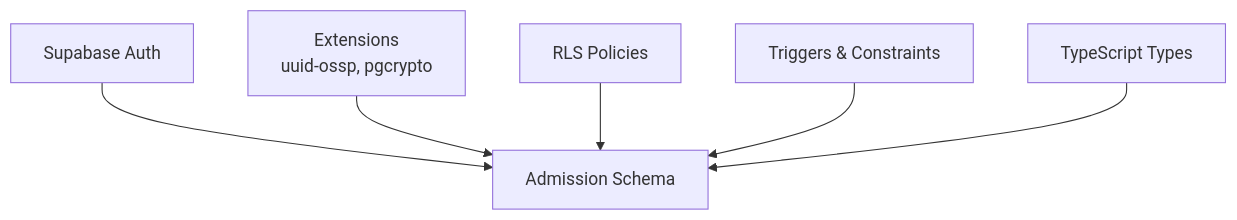
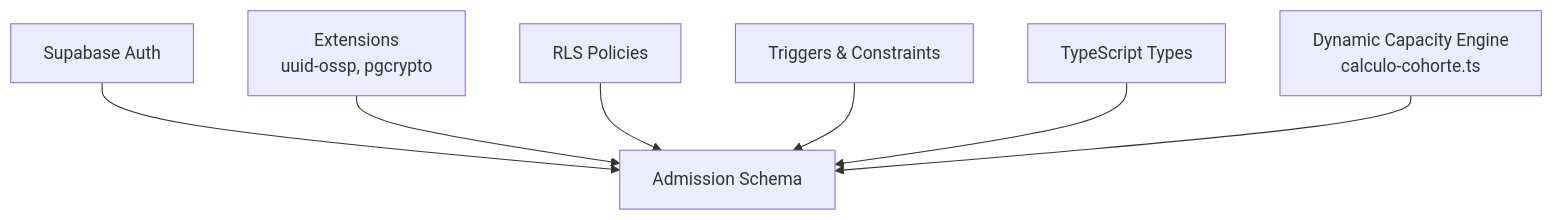
Before and after one commit to AgusCatra/simu-twin-web: diagram 12 of 12 in .qoder/repowiki/en/content/Core Services & Business Logic/Admission & Cohort Management System.md, drawn with Mermaid. The commit also changed other lines of this file and 25 other files, not shown here.

````diff
--- a/.qoder/repowiki/en/content/Core Services & Business Logic/Admission & Cohort Management System.md
+++ b/.qoder/repowiki/en/content/Core Services & Business Logic/Admission & Cohort Management System.md
@@ -452,14 +580,16 @@
 ```mermaid
 graph TB
 Auth["Supabase Auth"]
 Extensions["Extensions<br/>uuid-ossp, pgcrypto"]
 Policies["RLS Policies"]
 Triggers["Triggers & Constraints"]
 Types["TypeScript Types"]
 Schema["Admission Schema"]
+DynamicCalc["Dynamic Capacity Engine<br/>calculo-cohorte.ts"]
 Auth --> Schema
 Extensions --> Schema
 Policies --> Schema
 Triggers --> Schema
 Types --> Schema
+DynamicCalc --> Schema
 ```
````
